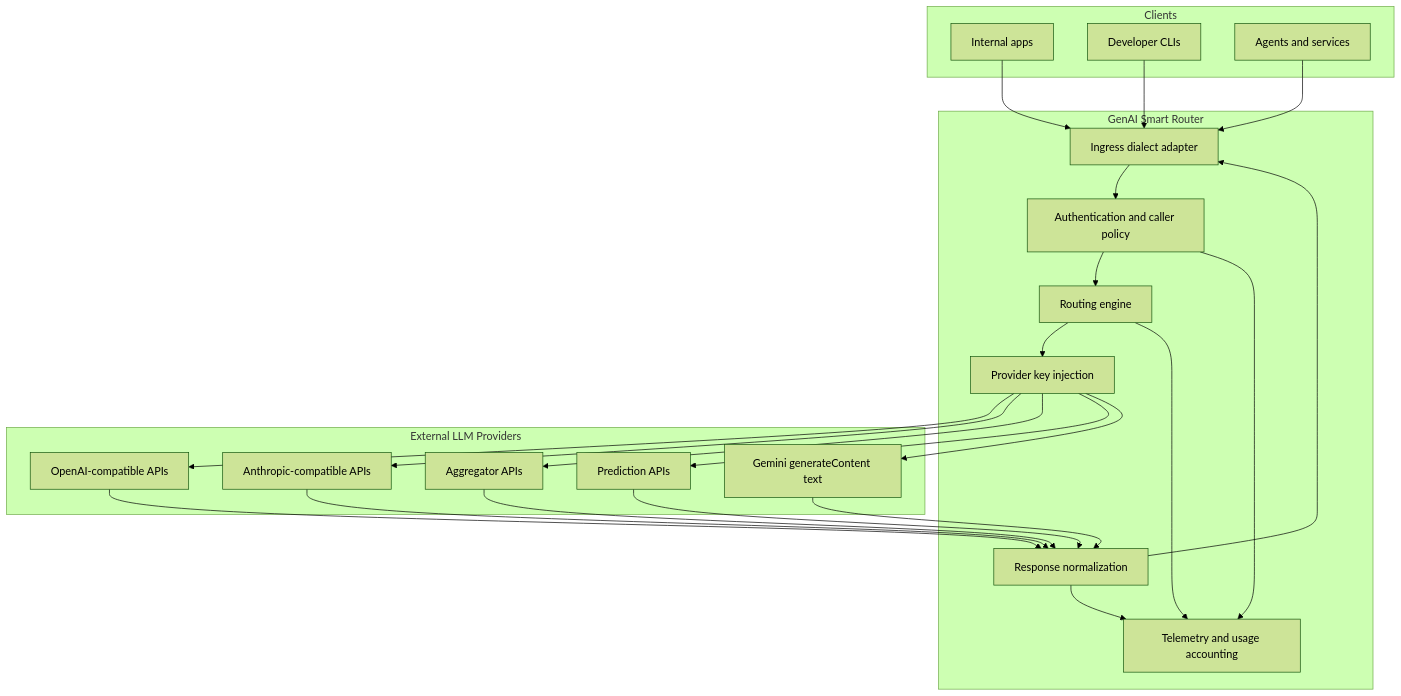
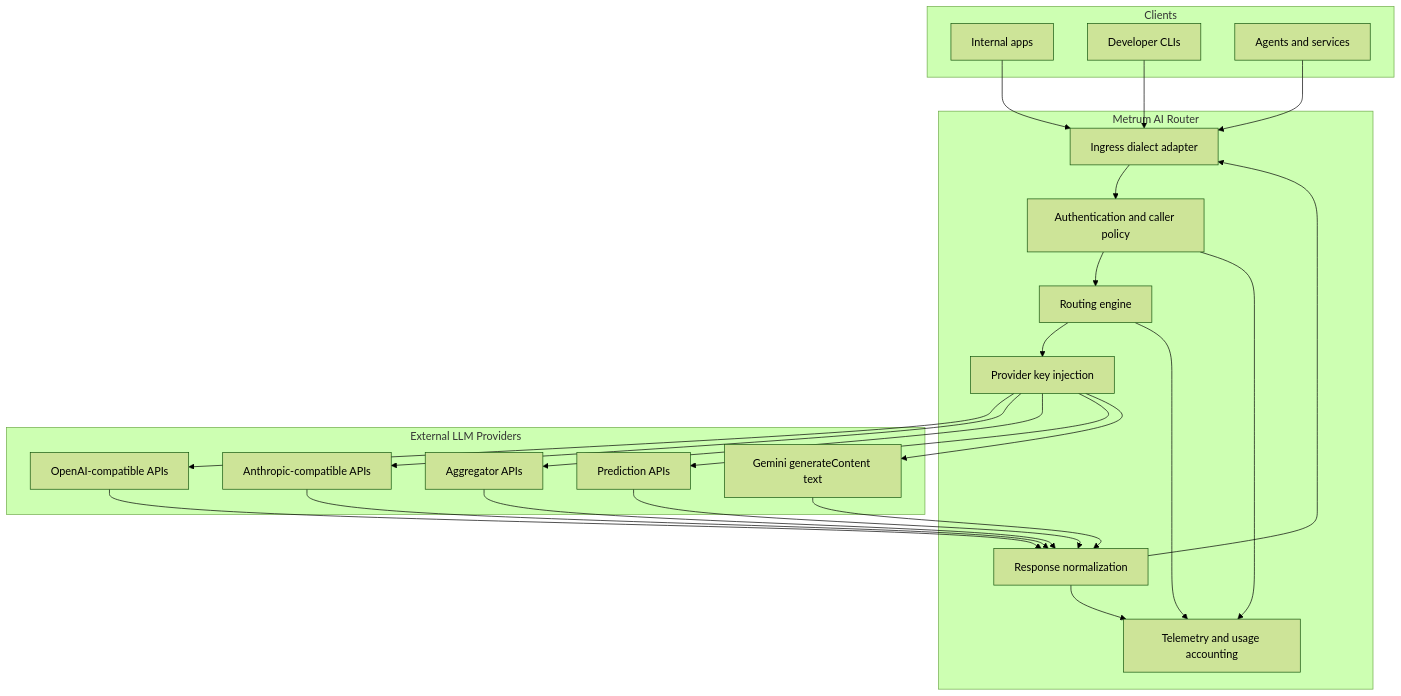
Before and after one commit to Metrum-AI-Products/genai-smart-router: the second of 7 diagrams in docs/solution-brief.md, drawn with Mermaid (forest theme). The commit also changed other lines of this file and 4 other files, not shown here.

Commit message:
docs: rebrand to Metrum AI Router identity (#60)

````diff
--- a/docs/solution-brief.md
+++ b/docs/solution-brief.md
@@ -78,44 +78,44 @@
 ```mermaid
 flowchart TB
   subgraph Clients
     C1[Internal apps]
     C2[Developer CLIs]
     C3[Agents and services]
   end
 
-  subgraph Router[GenAI Smart Router]
+  subgraph Router[Metrum AI Router]
     I[Ingress dialect adapter]
     A[Authentication and caller policy]
     R[Routing engine]
     K[Provider key injection]
     O[Response normalization]
     T[Telemetry and usage accounting]
   end
 
   subgraph Providers[External LLM Providers]
     OA[OpenAI-compatible APIs]
     AN[Anthropic-compatible APIs]
     OR[Aggregator APIs]
     RP[Prediction APIs]
     GM[Gemini generateContent text]
   end
 
   C1 --> I
   C2 --> I
   C3 --> I
   I --> A --> R --> K
   K --> OA
   K --> AN
   K --> OR
   K --> RP
   K --> GM
   OA --> O
   AN --> O
   OR --> O
   RP --> O
   GM --> O
   O --> I
   A --> T
   R --> T
   O --> T
 ```
````
